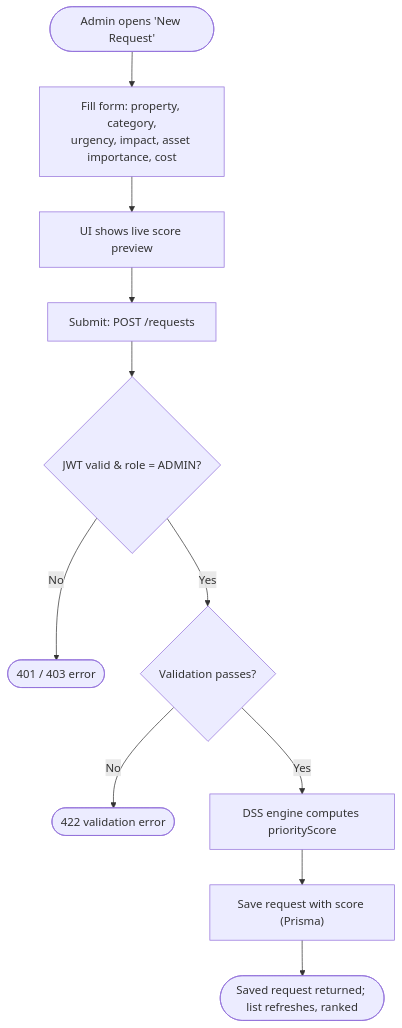
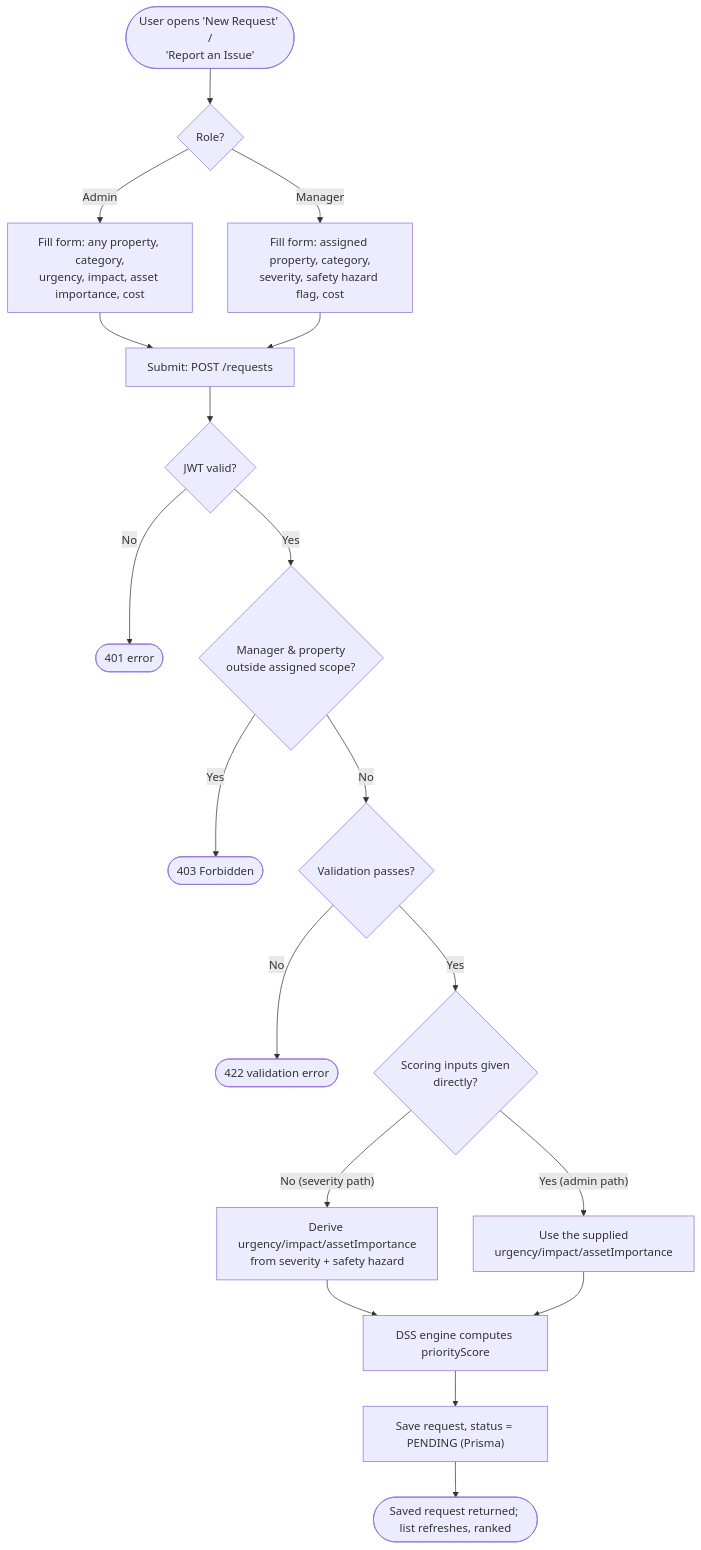
One commit to Eseohenobhen/property-dss changed the seventh of 10 diagrams in docs/diagrams.md. Above: the diagram before and after it, drawn with Mermaid. The commit also changed other lines of this file and 19 other files, not shown here.

Commit message:
updated diagrams and images

````diff
--- a/docs/diagrams.md
+++ b/docs/diagrams.md
@@ -227,13 +282,21 @@
 ```mermaid
 flowchart TD
-  A([Admin opens 'New Request']) --> B["Fill form: property, category,<br/>urgency, impact, asset importance, cost"]
-  B --> C["UI shows live score preview"]
-  C --> D["Submit: POST /requests"]
-  D --> E{"JWT valid & role = ADMIN?"}
-  E -- "No" --> X(["401 / 403 error"])
-  E -- "Yes" --> F{"Validation passes?"}
-  F -- "No" --> Y(["422 validation error"])
-  F -- "Yes" --> G["DSS engine computes priorityScore"]
-  G --> H["Save request with score (Prisma)"]
-  H --> I(["Saved request returned; list refreshes, ranked"])
+  A([User opens 'New Request' /<br/>'Report an Issue']) --> B{"Role?"}
+  B -- "Admin" --> C1["Fill form: any property, category,<br/>urgency, impact, asset importance, cost"]
+  B -- "Manager" --> C2["Fill form: assigned property, category,<br/>severity, safety hazard flag, cost"]
+  C1 --> D["Submit: POST /requests"]
+  C2 --> D
+  D --> E{"JWT valid?"}
+  E -- "No" --> X(["401 error"])
+  E -- "Yes" --> F{"Manager & property<br/>outside assigned scope?"}
+  F -- "Yes" --> X2(["403 Forbidden"])
+  F -- "No" --> G{"Validation passes?"}
+  G -- "No" --> Y(["422 validation error"])
+  G -- "Yes" --> H{"Scoring inputs given<br/>directly?"}
+  H -- "No (severity path)" --> I["Derive urgency/impact/assetImportance<br/>from severity + safety hazard"]
+  H -- "Yes (admin path)" --> J["Use the supplied<br/>urgency/impact/assetImportance"]
+  I --> K["DSS engine computes priorityScore"]
+  J --> K
+  K --> L["Save request, status = PENDING (Prisma)"]
+  L --> M(["Saved request returned; list refreshes, ranked"])
 ```
````
